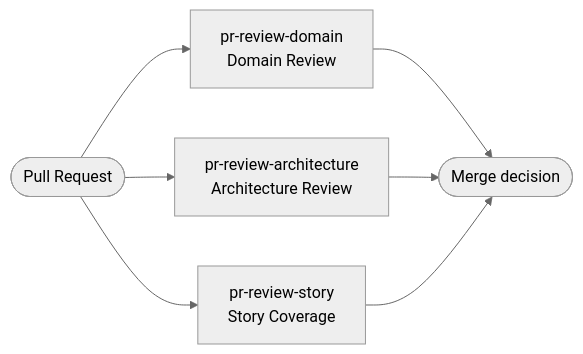
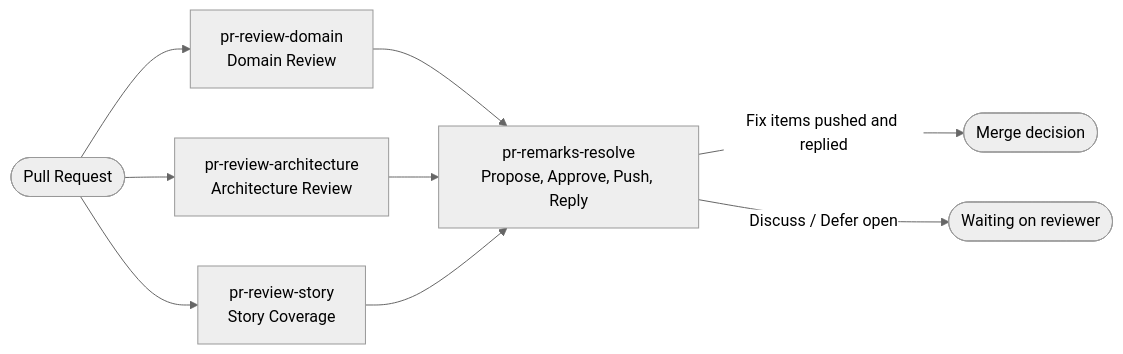
The second of 2 diagrams in plugins/fincent/README.md (JSdotNet/Copilot), drawn with Mermaid (neutral theme) before and after one commit. The commit also changed other lines of this file and 2 other files, not shown here.

````diff
--- a/plugins/fincent/README.md
+++ b/plugins/fincent/README.md
@@ -31,9 +32,11 @@
 ```mermaid
 flowchart LR
     PR([Pull Request]) --> PD[pr-review-domain\nDomain Review]
     PR --> PA[pr-review-architecture\nArchitecture Review]
     PR --> PS[pr-review-story\nStory Coverage]
-    PD --> MERGE([Merge decision])
-    PA --> MERGE
-    PS --> MERGE
+    PD --> RR[pr-remarks-resolve\nPropose, Approve, Push, Reply]
+    PA --> RR
+    PS --> RR
+    RR -->|Fix items pushed and replied| MERGE([Merge decision])
+    RR -->|Discuss / Defer open| WAIT([Waiting on reviewer])
 ```
````
